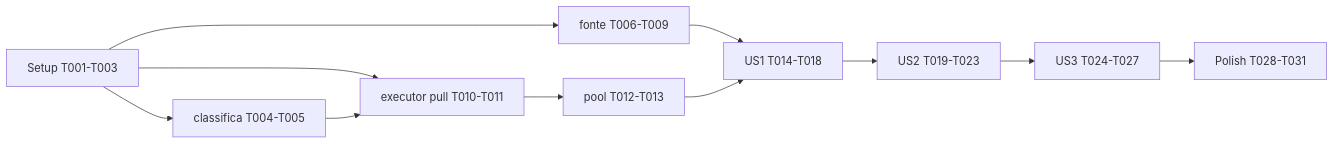
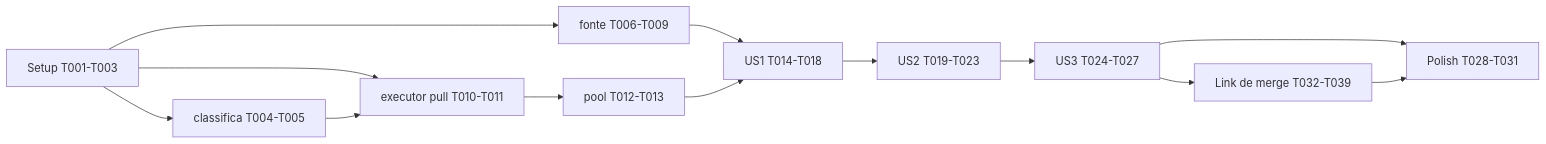
Before and after one commit to MarcusToledo/metra: the diagram in specs/001-metra-pull-push/tasks.md, drawn with Mermaid. The commit also changed other lines of this file and 12 other files, not shown here.

Commit message:
feat: link de merge no metra push

````diff
--- a/specs/001-metra-pull-push/tasks.md
+++ b/specs/001-metra-pull-push/tasks.md
@@ -136,13 +155,15 @@
 ```mermaid
 graph LR
   S[Setup T001-T003] --> C[classifica T004-T005]
   S --> F[fonte T006-T009]
   S --> E[executor pull T010-T011]
   C --> E
   E --> P[pool T012-T013]
   F --> US1
   P --> US1[US1 T014-T018]
   US1 --> US2[US2 T019-T023]
   US2 --> US3[US3 T024-T027]
   US3 --> X[Polish T028-T031]
+  US3 --> LM[Link de merge T032-T039]
+  LM --> X
 ```
````
